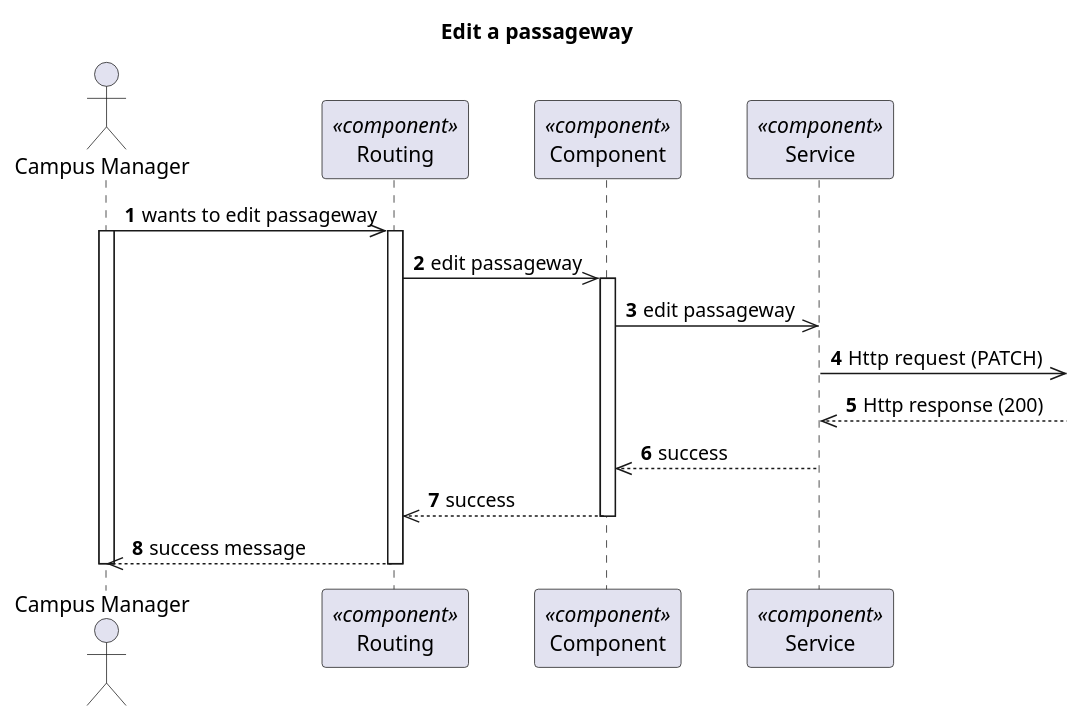
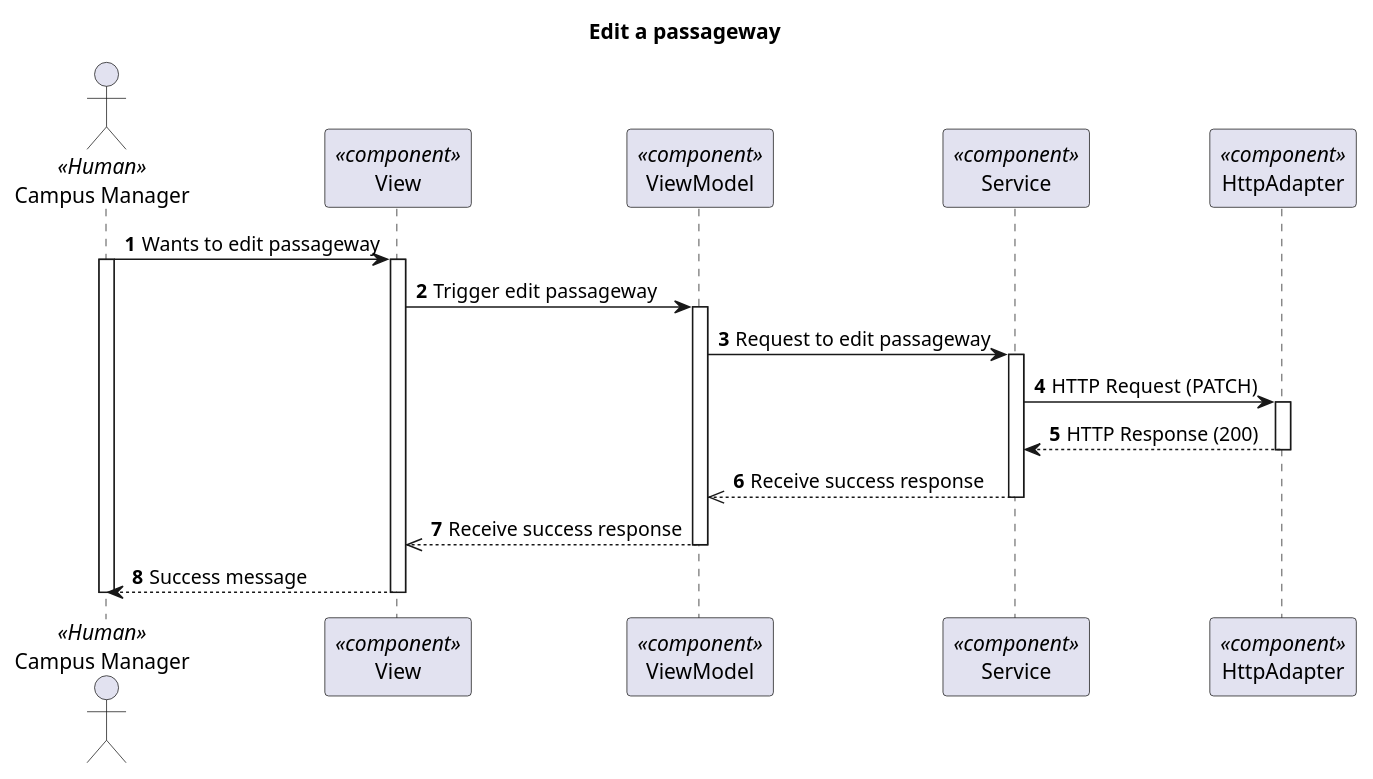
Before and after one commit to 1210910/lapr5: the diagram in docs/VistaProcesso/US250(1180)/Visualization/ProcessView_Level3_US1180.puml, drawn with PlantUML. The commit also changed 63 other files, not shown here.

```diff
--- a/docs/VistaProcesso/US250(1180)/Visualization/ProcessView_Level3_US1180.puml
+++ b/docs/VistaProcesso/US250(1180)/Visualization/ProcessView_Level3_US1180.puml
@@ -1,35 +1,38 @@
 @startuml Process View - Level 3 - Edit a passageway
 
 autonumber
 skinparam packageStyle rect
 
 title Edit a passageway
 
-actor "Campus Manager" as CM
-participant "Routing" as routing <<component>>
-participant "Component" as comp <<component>>
+actor "Campus Manager" as CM <<Human>>
+participant "View" as view <<component>>
+participant "ViewModel" as viewModel <<component>>
 participant "Service" as service <<component>>
+participant "HttpAdapter" as httpAdapter <<component>>
 
+CM -> view : Wants to edit passageway
+activate CM
+activate view
+view -> viewModel : Trigger edit passageway
 
-CM->> routing : wants to edit passageway
-activate CM
-activate routing
-routing ->> comp : edit passageway
+activate viewModel
+viewModel -> service : Request to edit passageway
 
-activate comp
-comp ->> service : edit passageway
+activate service
+service -> httpAdapter : HTTP Request (PATCH)
+activate httpAdapter
+httpAdapter --> service : HTTP Response (200)
+deactivate httpAdapter
 
-service ->> : Http request (PATCH)
-service <<-- : Http response (200)
-
-service -->> comp : success
+service -->> viewModel : Receive success response
 deactivate service
 
-comp -->> routing : success
-deactivate comp
+viewModel -->> view : Receive success response
+deactivate viewModel
 
-CM<<-- routing : success message
-deactivate routing
+view --> CM : Success message
+deactivate view
+
 deactivate CM
-
 @enduml
```
